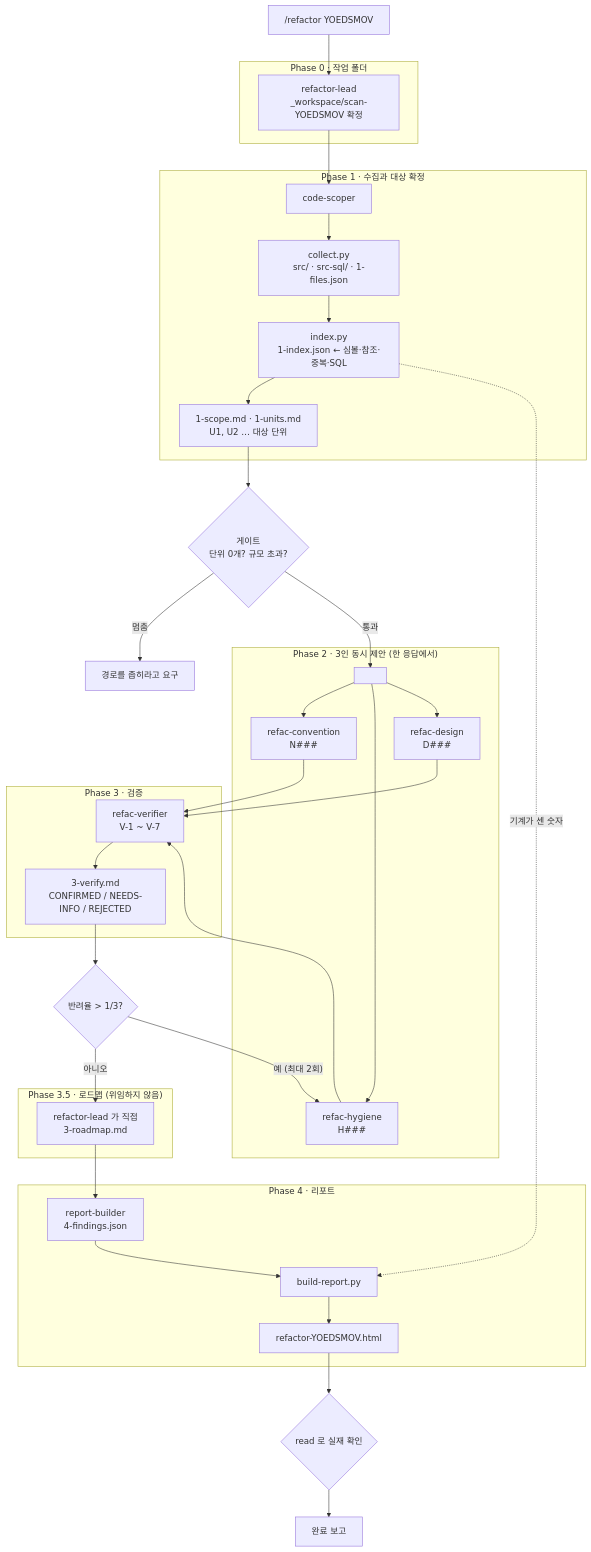
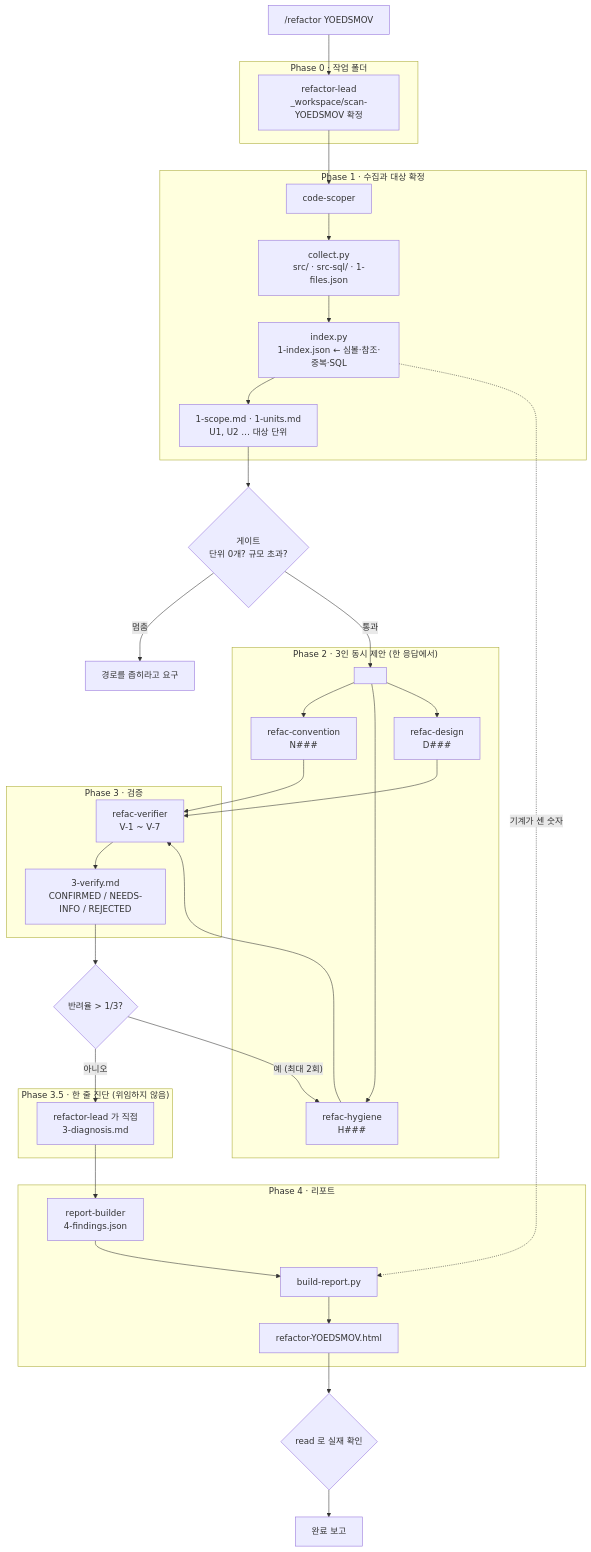
One commit to Wookshin/opencode-harness-samples changed the diagram in 09-refactor-oi/docs/how-it-works.md. Above: the diagram before and after it, drawn with Mermaid. The commit also changed other lines of this file and 12 other files, not shown here.

````diff
--- a/09-refactor-oi/docs/how-it-works.md
+++ b/09-refactor-oi/docs/how-it-works.md
@@ -35,57 +35,57 @@
 ```mermaid
 flowchart TD
     U["/refactor YOEDSMOV"] --> L0
 
     subgraph P0["Phase 0 · 작업 폴더"]
       L0["refactor-lead<br/>_workspace/scan-YOEDSMOV 확정"]
     end
 
     L0 --> S
 
     subgraph P1["Phase 1 · 수집과 대상 확정"]
       S["code-scoper"]
       S --> C["collect.py<br/>src/ · src-sql/ · 1-files.json"]
       C --> I["index.py<br/>1-index.json ← 심볼·참조·중복·SQL"]
       I --> U1["1-scope.md · 1-units.md<br/>U1, U2 … 대상 단위"]
     end
 
     U1 --> G1{"게이트<br/>단위 0개? 규모 초과?"}
     G1 -- "멈춤" --> X1["경로를 좁히라고 요구"]
     G1 -- "통과" --> F
 
     subgraph P2["Phase 2 · 3인 동시 제안 (한 응답에서)"]
       F[" "]
       F --> A1["refac-convention<br/>N###"]
       F --> A2["refac-hygiene<br/>H###"]
       F --> A3["refac-design<br/>D###"]
     end
 
     A1 --> V
     A2 --> V
     A3 --> V
 
     subgraph P3["Phase 3 · 검증"]
       V["refac-verifier<br/>V-1 ~ V-7"]
       V --> VR["3-verify.md<br/>CONFIRMED / NEEDS-INFO / REJECTED"]
     end
 
     VR --> G2{"반려율 > 1/3?"}
     G2 -- "예 (최대 2회)" --> A2
     G2 -- "아니오" --> RM
 
-    subgraph P35["Phase 3.5 · 로드맵 (위임하지 않음)"]
-      RM["refactor-lead 가 직접<br/>3-roadmap.md"]
+    subgraph P35["Phase 3.5 · 한 줄 진단 (위임하지 않음)"]
+      RM["refactor-lead 가 직접<br/>3-diagnosis.md"]
     end
 
     RM --> B
 
     subgraph P4["Phase 4 · 리포트"]
       B["report-builder<br/>4-findings.json"]
       B --> BR["build-report.py"]
       I -. "기계가 센 숫자" .-> BR
       BR --> H["refactor-YOEDSMOV.html"]
     end
 
     H --> G3{"read 로 실재 확인"}
     G3 --> DONE["완료 보고"]
 ```
````
